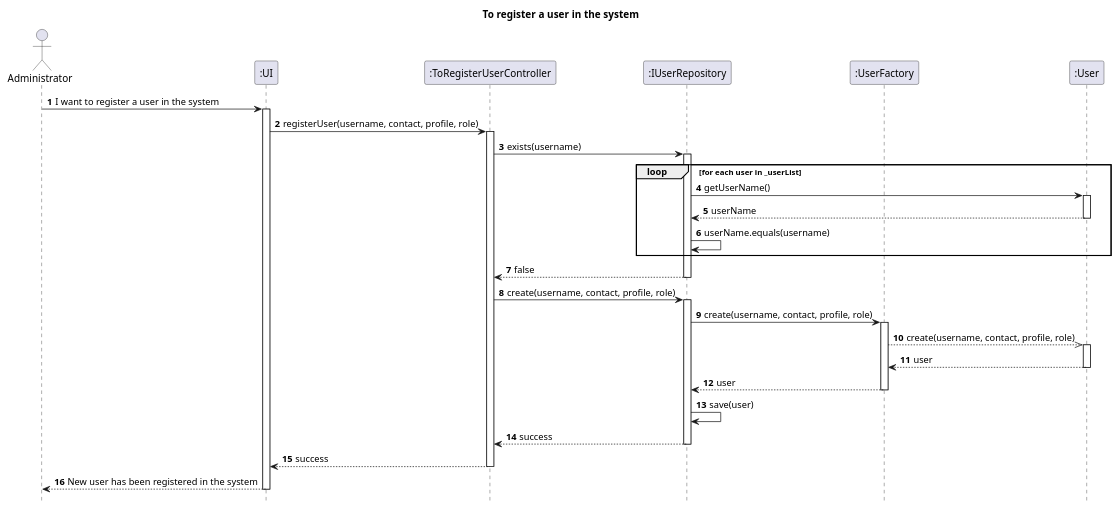
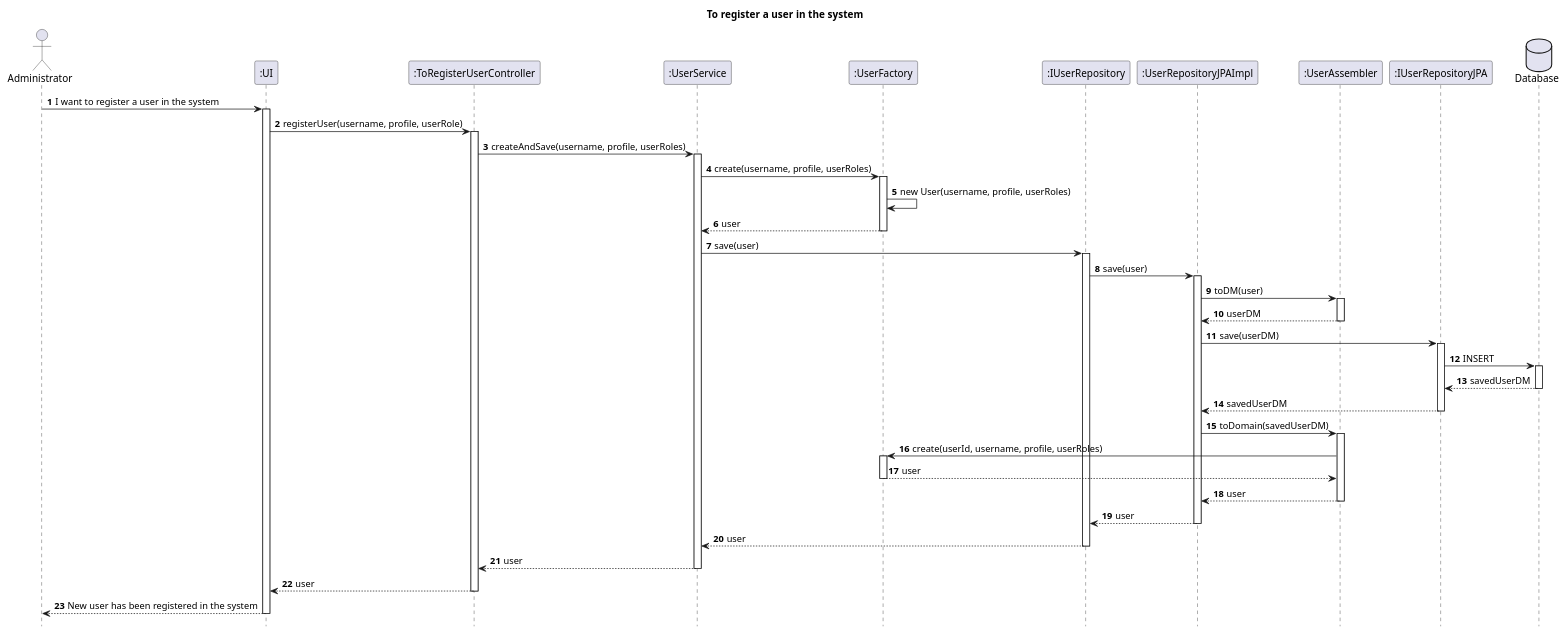
One commit to AndrePereiraGitH/SWitCH-Project-Team_A changed the diagram in Diagrams/SequenceDiagrams/N2/To-register-a-user.puml. Above: the diagram before and after it, drawn with PlantUML. The commit also changed 3 other files, not shown here.

```diff
--- a/Diagrams/SequenceDiagrams/N2/To-register-a-user.puml
+++ b/Diagrams/SequenceDiagrams/N2/To-register-a-user.puml
@@ -1,60 +1,82 @@
 @startuml
 
 hide footbox
 autonumber
 
 title To register a user in the system
 
 actor Administrator
 participant ":UI" as UI
 participant ":ToRegisterUserController" as Controller
+participant ":UserService" as Service
+participant ":UserFactory" as Factory
 participant ":IUserRepository" as Repository
-participant ":UserFactory" as Factory
-participant ":User" as User
+participant ":UserRepositoryJPAImpl" as RepositoryJPA
+participant ":UserAssembler" as Assembler
+participant ":IUserRepositoryJPA" as RepositoryJPAInterface
+database "Database" as DB
 
 Administrator -> UI : I want to register a user in the system
 activate UI
 
-UI -> Controller : registerUser(username, contact, profile, role)
+UI -> Controller : registerUser(username, profile, userRole)
 activate Controller
 
-Controller -> Repository : exists(username)
+Controller -> Service : createAndSave(username, profile, userRoles)
+activate Service
+
+Service -> Factory : create(username, profile, userRoles)
+activate Factory
+
+Factory -> Factory : new User(username, profile, userRoles)
+
+Factory --> Service : user
+deactivate Factory
+
+Service -> Repository : save(user)
 activate Repository
 
-loop for each user in _userList
-    Repository -> User : getUserName()
-    activate User
-    User --> Repository : userName
-    deactivate User
-    Repository -> Repository : userName.equals(username)
-end
+Repository -> RepositoryJPA : save(user)
+activate RepositoryJPA
 
-Repository --> Controller : false
+RepositoryJPA -> Assembler : toDM(user)
+activate Assembler
+Assembler --> RepositoryJPA : userDM
+deactivate Assembler
+
+RepositoryJPA -> RepositoryJPAInterface : save(userDM)
+activate RepositoryJPAInterface
+
+RepositoryJPAInterface -> DB : INSERT
+activate DB
+DB --> RepositoryJPAInterface : savedUserDM
+deactivate DB
+
+RepositoryJPAInterface --> RepositoryJPA : savedUserDM
+deactivate RepositoryJPAInterface
+
+RepositoryJPA -> Assembler : toDomain(savedUserDM)
+activate Assembler
+Assembler -> Factory : create(userId, username, profile, userRoles)
+activate Factory
+Factory --> Assembler : user
+deactivate Factory
+Assembler --> RepositoryJPA : user
+deactivate Assembler
+
+RepositoryJPA --> Repository : user
+deactivate RepositoryJPA
+
+Repository --> Service : user
 deactivate Repository
 
-Controller -> Repository : create(username, contact, profile, role)
-activate Repository
+Service --> Controller : user
+deactivate Service
 
-Repository -> Factory : create(username, contact, profile, role)
-activate Factory
-
-Factory -->> User : create(username, contact, profile, role)
-activate User
-User --> Factory : user
-deactivate User
-
-Factory --> Repository : user
-deactivate Factory
-
-Repository -> Repository : save(user)
-
-Repository --> Controller : success
-deactivate Repository
-
-Controller --> UI : success
+Controller --> UI : user
 deactivate Controller
 
 UI --> Administrator : New user has been registered in the system
 deactivate UI
 
 @enduml
```
